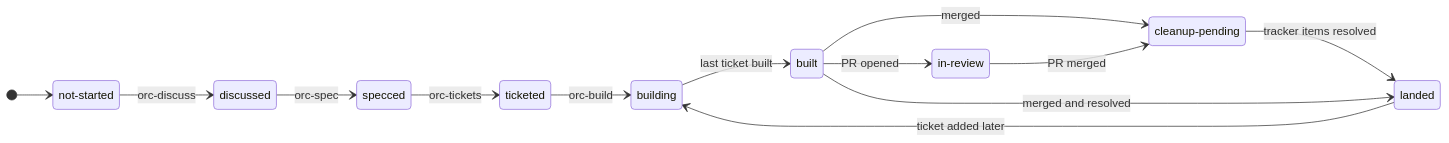
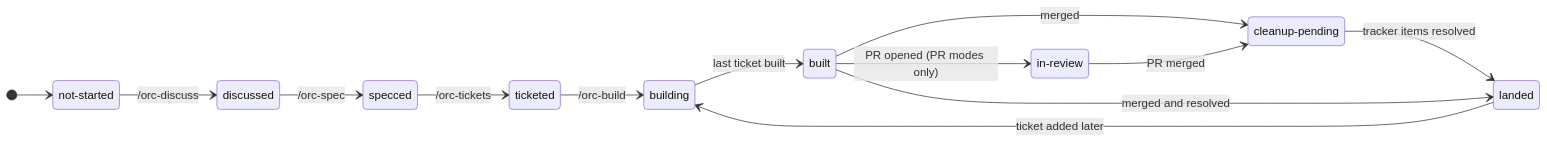
The first of 3 diagrams in docs/concepts.md (Siddharth-Khattar/orchestra), drawn with Mermaid before and after one commit. The commit also changed other lines of this file and 40 other files, not shown here.

````diff
--- a/docs/concepts.md
+++ b/docs/concepts.md
@@ -65,19 +65,19 @@
 ```mermaid
 stateDiagram-v2
     direction LR
     state "not-started" as notStarted
     state "in-review" as inReview
     state "cleanup-pending" as cleanupPending
     [*] --> notStarted
-    notStarted --> discussed: orc-discuss
-    discussed --> specced: orc-spec
-    specced --> ticketed: orc-tickets
-    ticketed --> building: orc-build
+    notStarted --> discussed: /orc-discuss
+    discussed --> specced: /orc-spec
+    specced --> ticketed: /orc-tickets
+    ticketed --> building: /orc-build
     building --> built: last ticket built
-    built --> inReview: PR opened
+    built --> inReview: PR opened (PR modes only)
     built --> cleanupPending: merged
     inReview --> cleanupPending: PR merged
     cleanupPending --> landed: tracker items resolved
     built --> landed: merged and resolved
     landed --> building: ticket added later
 ```
````
